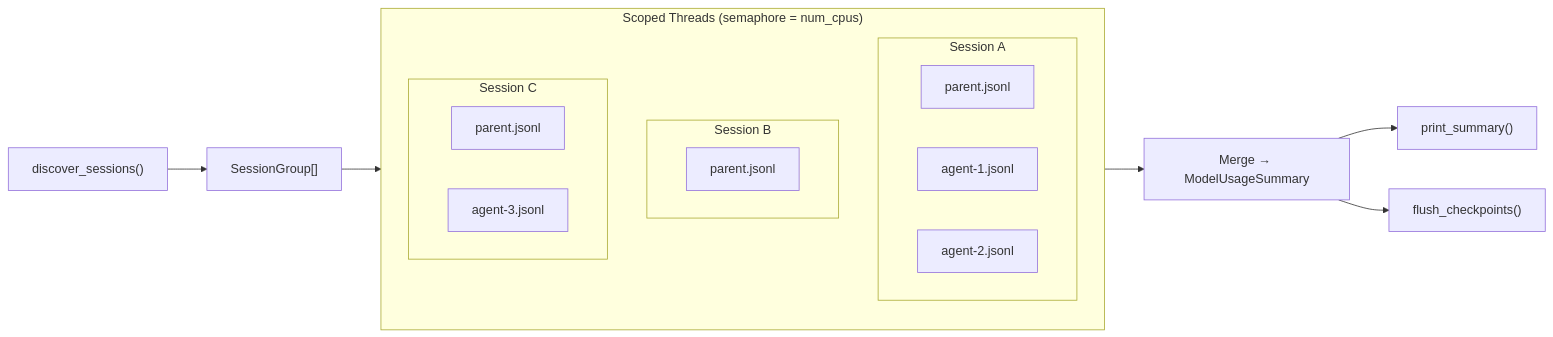
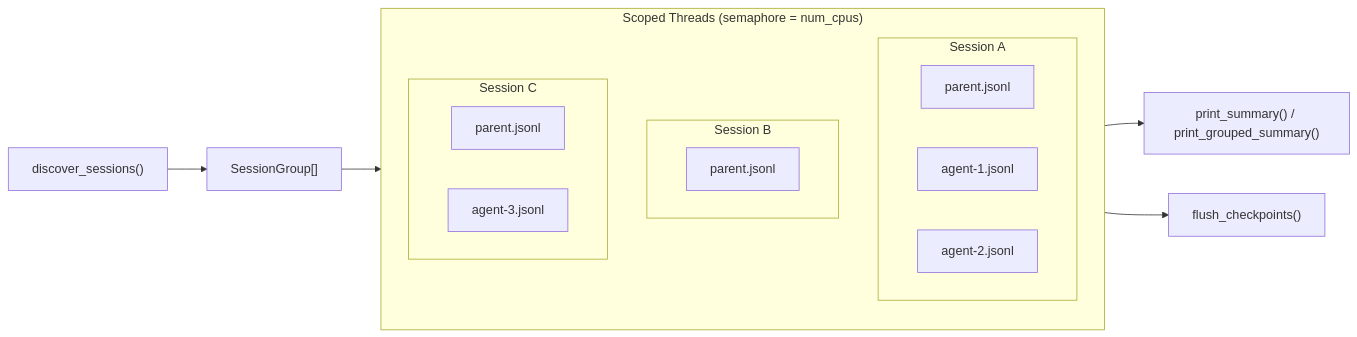
The second of 4 diagrams in README.md (korjwl1/toki), drawn with Mermaid before and after one commit. The commit also changed other lines of this file and 4 other files, not shown here.

````diff
--- a/README.md
+++ b/README.md
@@ -148,32 +167,31 @@
 ```mermaid
 flowchart LR
     discover["discover_sessions()"] --> sessions["SessionGroup[]"]
 
     sessions --> scope["std::thread::scope"]
 
     subgraph scope["Scoped Threads (semaphore = num_cpus)"]
         direction TB
         s1["Session A"]
         s2["Session B"]
         s3["Session C"]
 
         subgraph s1["Session A"]
             p1["parent.jsonl"]
             sub1["agent-1.jsonl"]
             sub2["agent-2.jsonl"]
         end
 
         subgraph s2["Session B"]
             p2["parent.jsonl"]
         end
 
         subgraph s3["Session C"]
             p3["parent.jsonl"]
             sub3["agent-3.jsonl"]
         end
     end
 
-    scope --> merge["Merge → ModelUsageSummary"]
-    merge --> print["print_summary()"]
-    merge --> flush2["flush_checkpoints()"]
+    scope --> print["print_summary() / print_grouped_summary()"]
+    scope --> flush2["flush_checkpoints()"]
 ```
````
